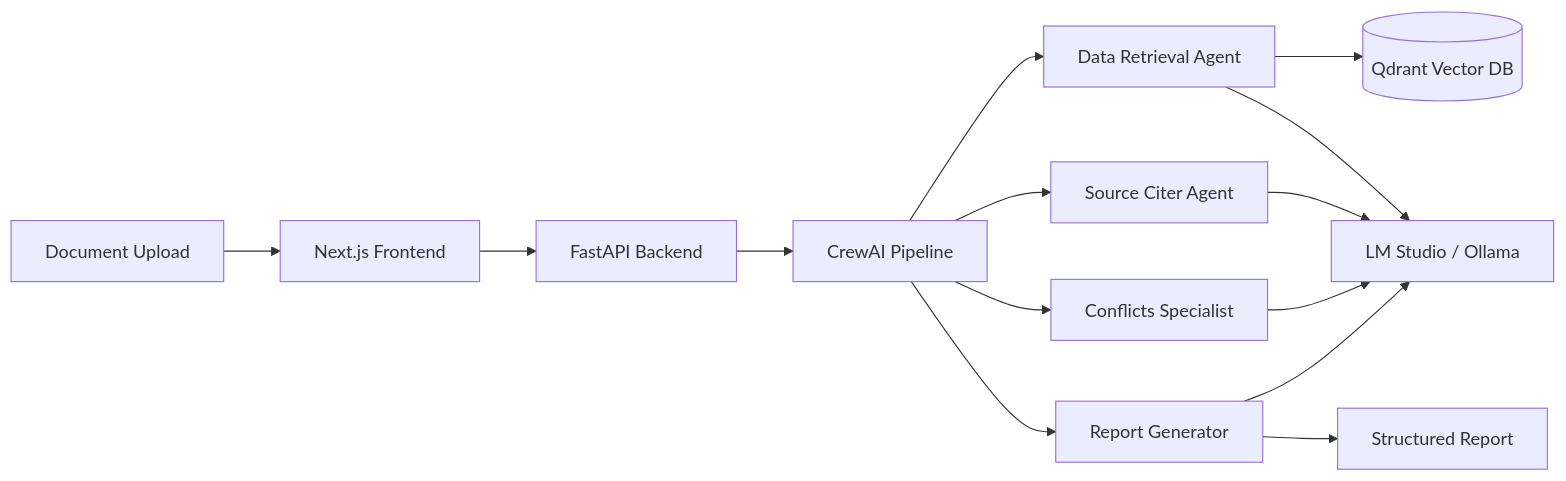
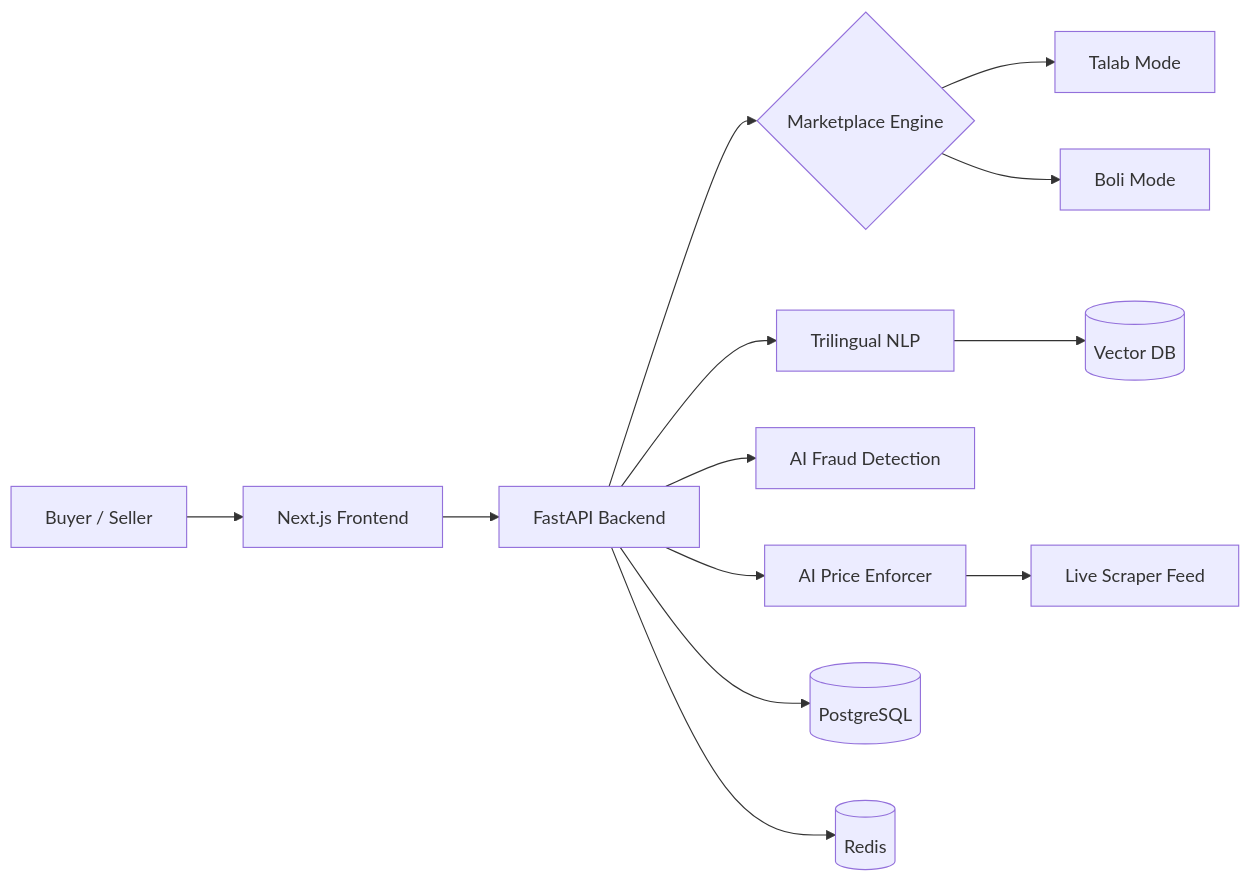
The second of 7 diagrams in README.md (dawarazhar11/dawarazhar11), drawn with Mermaid before and after one commit. The commit also changed other lines of this file, not shown here.

````diff
--- a/README.md
+++ b/README.md
@@ -193,16 +106,15 @@
 ```mermaid
 graph LR
-    A["Document Upload"] --> B["Next.js Frontend"]
+    A["Buyer / Seller"] --> B["Next.js Frontend"]
     B --> C["FastAPI Backend"]
-    C --> D["CrewAI Pipeline"]
-    D --> E["Data Retrieval Agent"]
-    D --> F["Source Citer Agent"]
-    D --> G["Conflicts Specialist"]
-    D --> H["Report Generator"]
-    E --> I[("Qdrant Vector DB")]
-    E --> J["LM Studio / Ollama"]
-    F --> J
-    G --> J
-    H --> J
-    H --> K["Structured Report"]
+    C --> D{"Marketplace Engine"}
+    D --> E["Talab Mode"]
+    D --> F["Boli Mode"]
+    C --> G["Trilingual NLP"]
+    G --> H[("Vector DB")]
+    C --> J["AI Fraud Detection"]
+    C --> K["AI Price Enforcer"]
+    K --> L["Live Scraper Feed"]
+    C --> M[("PostgreSQL")]
+    C --> N[("Redis")]
 ```
````
